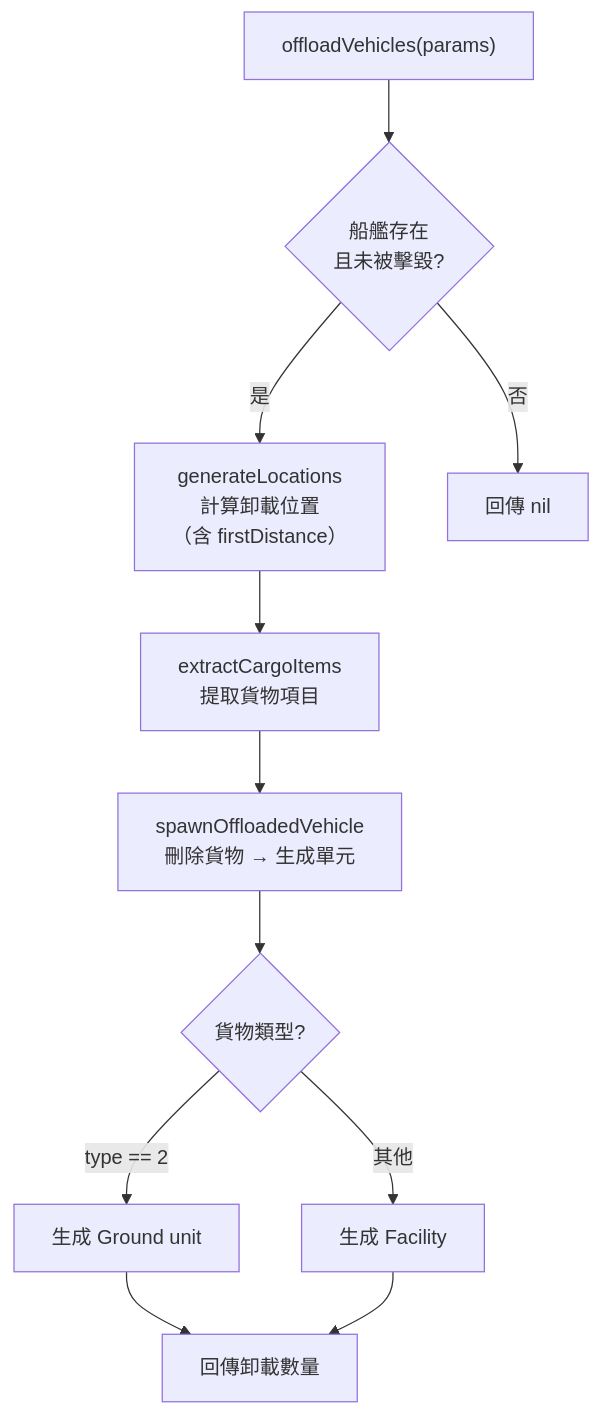
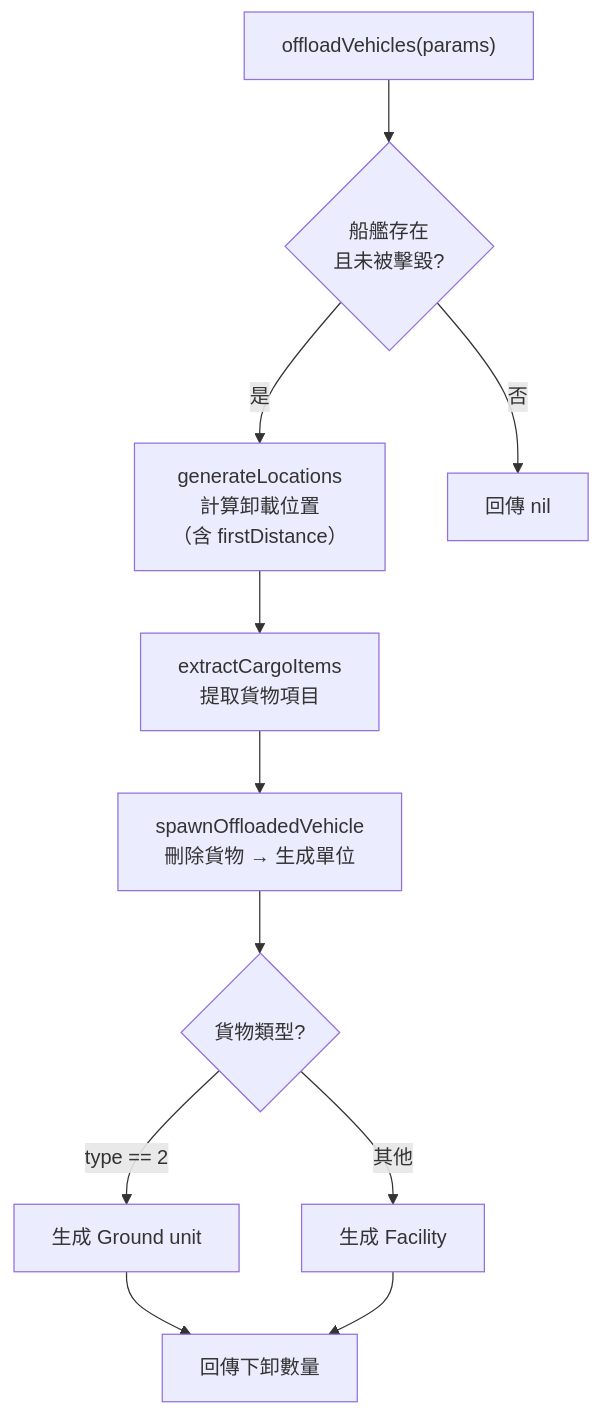
Before and after one commit to pullupjumper/formosa-in-flames: the fourth of 5 diagrams in docs/landingOps/secondWaveUnloading.md, drawn with Mermaid. The commit also changed other lines of this file and 15 other files, not shown here.

First line of the commit message:
refactor(landing-ops): restructure amphibious operations config schema and flatten data hierarchy

````diff
--- a/docs/landingOps/secondWaveUnloading.md
+++ b/docs/landingOps/secondWaveUnloading.md
@@ -103,20 +103,20 @@
 ```mermaid
 flowchart TD
     START["offloadVehicles(params)"]
     CHECK{船艦存在<br>且未被擊毀?}
     LOCS["generateLocations<br>計算卸載位置<br>（含 firstDistance）"]
     EXTRACT["extractCargoItems<br>提取貨物項目"]
-    SPAWN["spawnOffloadedVehicle<br>刪除貨物 → 生成單元"]
+    SPAWN["spawnOffloadedVehicle<br>刪除貨物 → 生成單位"]
     TYPE{貨物類型?}
     GROUND["生成 Ground unit"]
     FACILITY["生成 Facility"]
-    COUNT["回傳卸載數量"]
+    COUNT["回傳下卸數量"]
 
     START --> CHECK
     CHECK -->|否| NIL["回傳 nil"]
     CHECK -->|是| LOCS --> EXTRACT --> SPAWN --> TYPE
     TYPE -->|"type == 2"| GROUND
     TYPE -->|"其他"| FACILITY
     GROUND --> COUNT
     FACILITY --> COUNT
 ```
````
